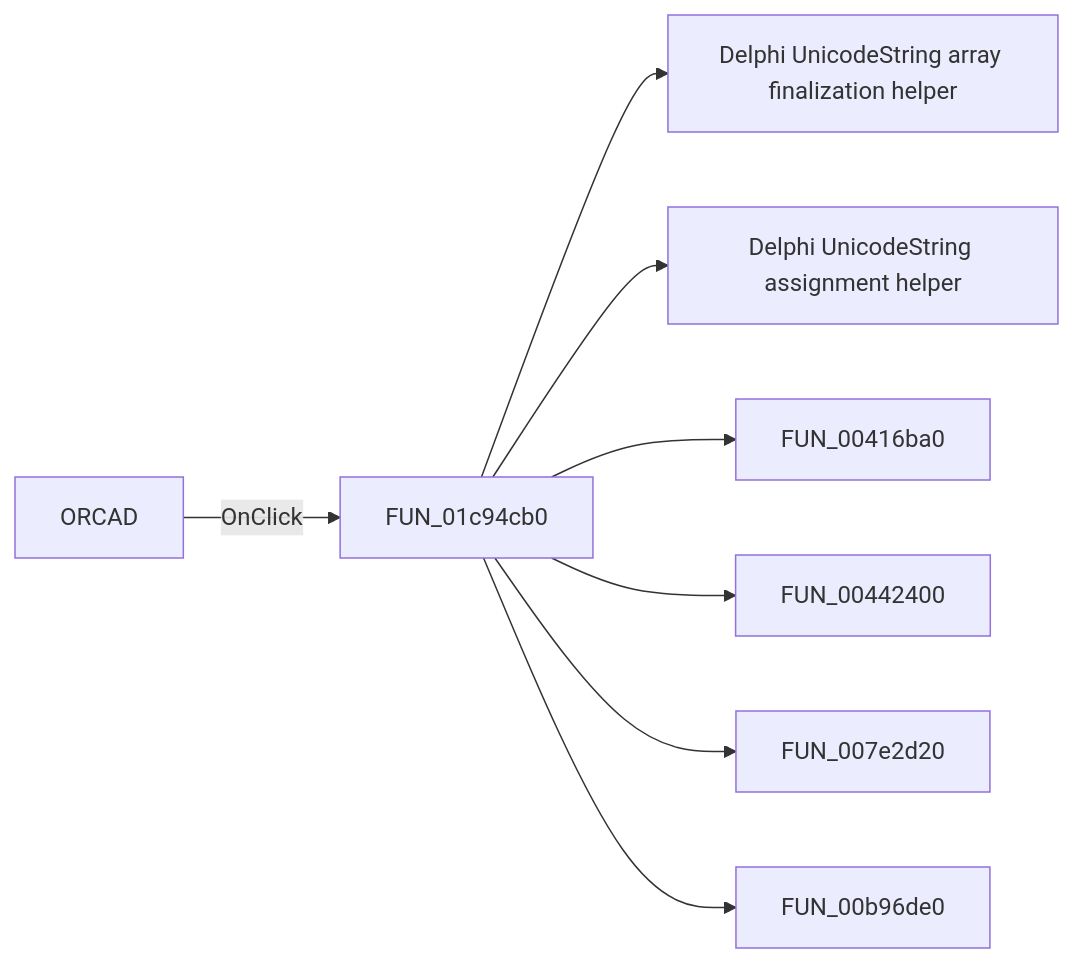
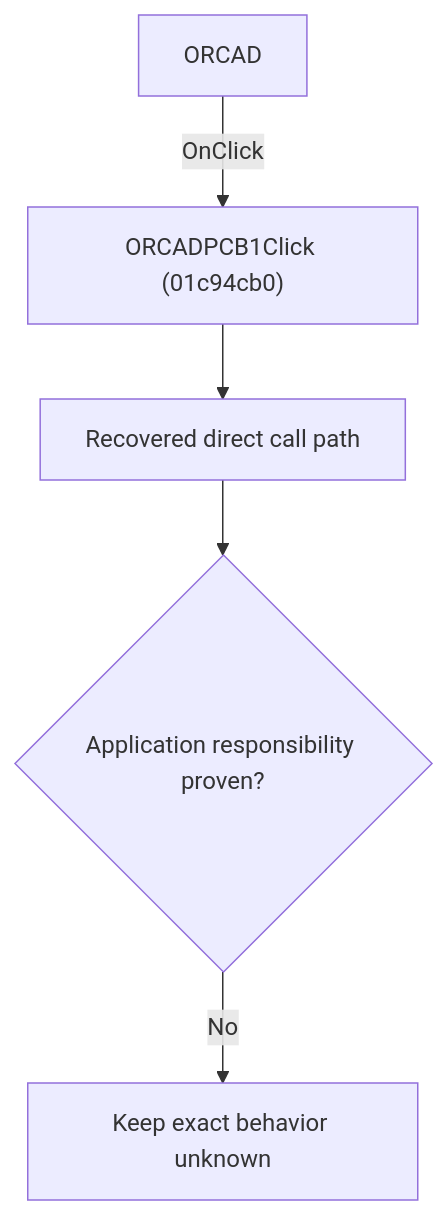
The diagram in docs/ui-controls/schematiceditor/orcadpcb1-aba4ed6a39.md (MovGP0/TIARA), drawn with Mermaid before and after one commit. The commit also changed other lines of this file and 1062 other files, not shown here.

````diff
--- a/docs/ui-controls/schematiceditor/orcadpcb1-aba4ed6a39.md
+++ b/docs/ui-controls/schematiceditor/orcadpcb1-aba4ed6a39.md
@@ -27,10 +27,7 @@
 ```mermaid
-flowchart LR
-    control["ORCAD"] -->|OnClick| handler["FUN_01c94cb0"]
-    handler --> call1["Delphi UnicodeString array finalization helper"]
-    handler --> call2["Delphi UnicodeString assignment helper"]
-    handler --> call3["FUN_00416ba0"]
-    handler --> call4["FUN_00442400"]
-    handler --> call5["FUN_007e2d20"]
-    handler --> call6["FUN_00b96de0"]
+flowchart TD
+    control["ORCAD"] -->|"OnClick"| handler["ORCADPCB1Click (01c94cb0)"]
+    handler --> recovered["Recovered direct call path"]
+    recovered --> gap{"Application responsibility proven?"}
+    gap -->|"No"| blocked["Keep exact behavior unknown"]
 ```
````
